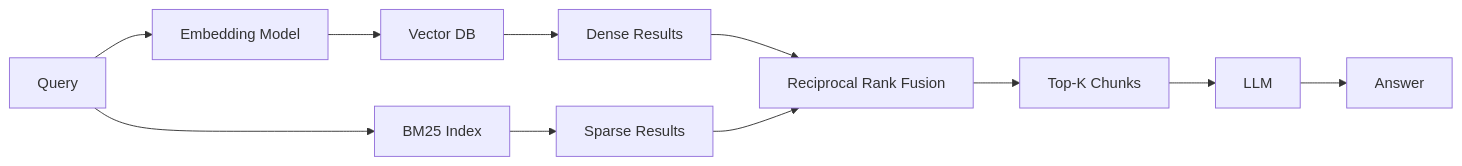
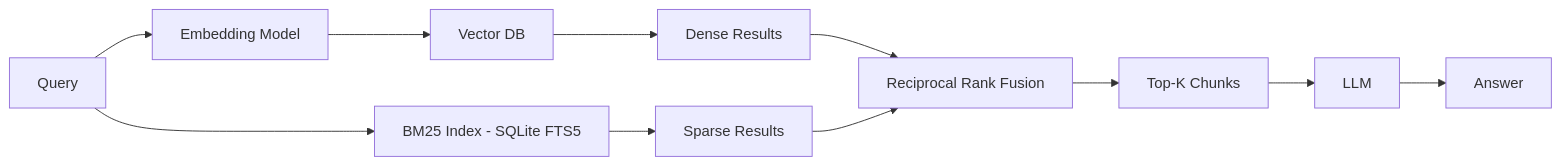
One commit to npwa/hybrid_rag changed the diagram in README.md. Above: the diagram before and after it, drawn with Mermaid. The commit also changed 1 other file, not shown here.

Commit message:
Requirement change: rank_bm25 to FTS5 to improve scaling

````diff
--- a/README.md
+++ b/README.md
@@ -8,16 +8,16 @@
 ```mermaid
 graph LR
     Query[Query] --> EM[Embedding Model]
     EM --> VDB[Vector DB]
     VDB --> DR[Dense Results]
     
-    Query --> BM25[BM25 Index]
+    Query --> BM25[BM25 Index - SQLite FTS5]
     BM25 --> SR[Sparse Results]
     
     DR --> RRF[Reciprocal Rank Fusion]
     SR --> RRF
     
     RRF --> TopK[Top-K Chunks]
     TopK --> LLM[LLM]
     LLM --> Answer[Answer]
 ```
````
